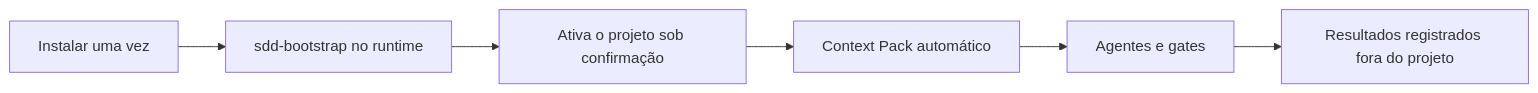
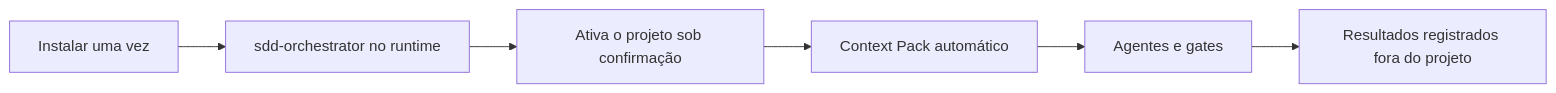
One commit to fellipemauriciosilva/sdd-toolkit changed the diagram in docs/QUICKSTART.pt-BR.md. Above: the diagram before and after it, drawn with Mermaid. The commit also changed other lines of this file and 169 other files, not shown here.

````diff
--- a/docs/QUICKSTART.pt-BR.md
+++ b/docs/QUICKSTART.pt-BR.md
@@ -9,8 +9,8 @@
 ```mermaid
 flowchart LR
-    I[Instalar uma vez] --> B[sdd-bootstrap no runtime]
+    I[Instalar uma vez] --> B[sdd-orchestrator no runtime]
     B --> A[Ativa o projeto sob confirmação]
     A --> P[Context Pack automático]
     P --> G[Agentes e gates]
     G --> R[Resultados registrados fora do projeto]
 ```
````
